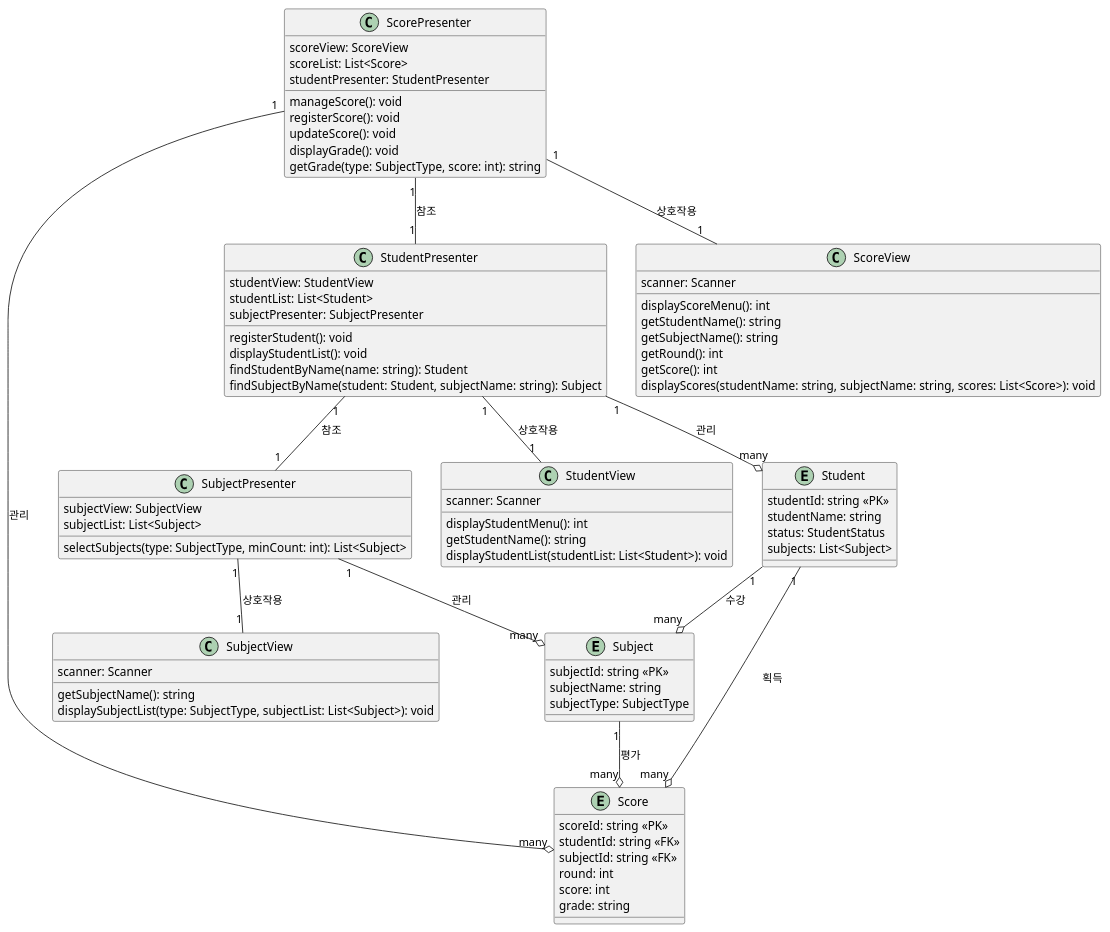
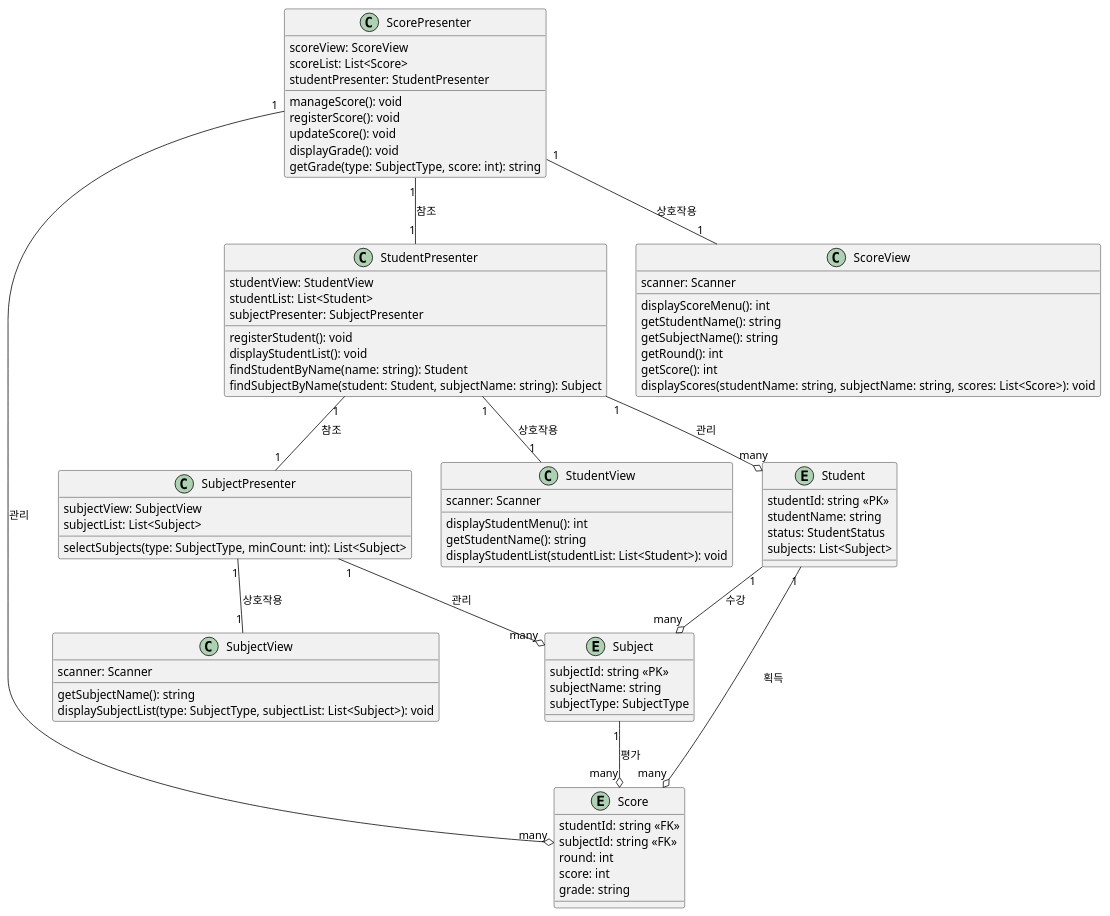
One commit to lis0517/camp_manage_app changed the diagram in src/camp.puml. Above: the diagram before and after it, drawn with PlantUML.

Commit message:
update camp.puml
scoreId 제거

```diff
--- a/src/camp.puml
+++ b/src/camp.puml
@@ -1,89 +1,88 @@
 @startuml
 entity Student {
     studentId: string <<PK>>
     studentName: string
     status: StudentStatus
     subjects: List<Subject>
 }
 
 entity Subject {
     subjectId: string <<PK>>
     subjectName: string
     subjectType: SubjectType
 }
 
 entity Score {
-    scoreId: string <<PK>>
     studentId: string <<FK>>
     subjectId: string <<FK>>
     round: int
     score: int
     grade: string
 }
 
 class StudentPresenter {
     studentView: StudentView
     studentList: List<Student>
     subjectPresenter: SubjectPresenter
     registerStudent(): void
     displayStudentList(): void
     findStudentByName(name: string): Student
     findSubjectByName(student: Student, subjectName: string): Subject
 }
 
 class SubjectPresenter {
     subjectView: SubjectView
     subjectList: List<Subject>
     selectSubjects(type: SubjectType, minCount: int): List<Subject>
 }
 
 class ScorePresenter {
     scoreView: ScoreView
     scoreList: List<Score>
     studentPresenter: StudentPresenter
     manageScore(): void
     registerScore(): void
     updateScore(): void
     displayGrade(): void
     getGrade(type: SubjectType, score: int): string
 }
 
 class StudentView {
     scanner: Scanner
     displayStudentMenu(): int
     getStudentName(): string
     displayStudentList(studentList: List<Student>): void
 }
 
 class SubjectView {
     scanner: Scanner
     getSubjectName(): string
     displaySubjectList(type: SubjectType, subjectList: List<Subject>): void
 }
 
 class ScoreView {
     scanner: Scanner
     displayScoreMenu(): int
     getStudentName(): string
     getSubjectName(): string
     getRound(): int
     getScore(): int
     displayScores(studentName: string, subjectName: string, scores: List<Score>): void
 }
 
 Student "1" --o "many" Subject : 수강
 Student "1" --o "many" Score : 획득
 Subject "1" --o "many" Score : 평가
 
 StudentPresenter "1" -- "1" StudentView : 상호작용
 StudentPresenter "1" --o "many" Student : 관리
 StudentPresenter "1" -- "1" SubjectPresenter : 참조
 
 SubjectPresenter "1" -- "1" SubjectView : 상호작용
 SubjectPresenter "1" --o "many" Subject : 관리
 
 ScorePresenter "1" -- "1" ScoreView : 상호작용
 ScorePresenter "1" --o "many" Score : 관리
 ScorePresenter "1" -- "1" StudentPresenter : 참조
 
 @enduml
```
